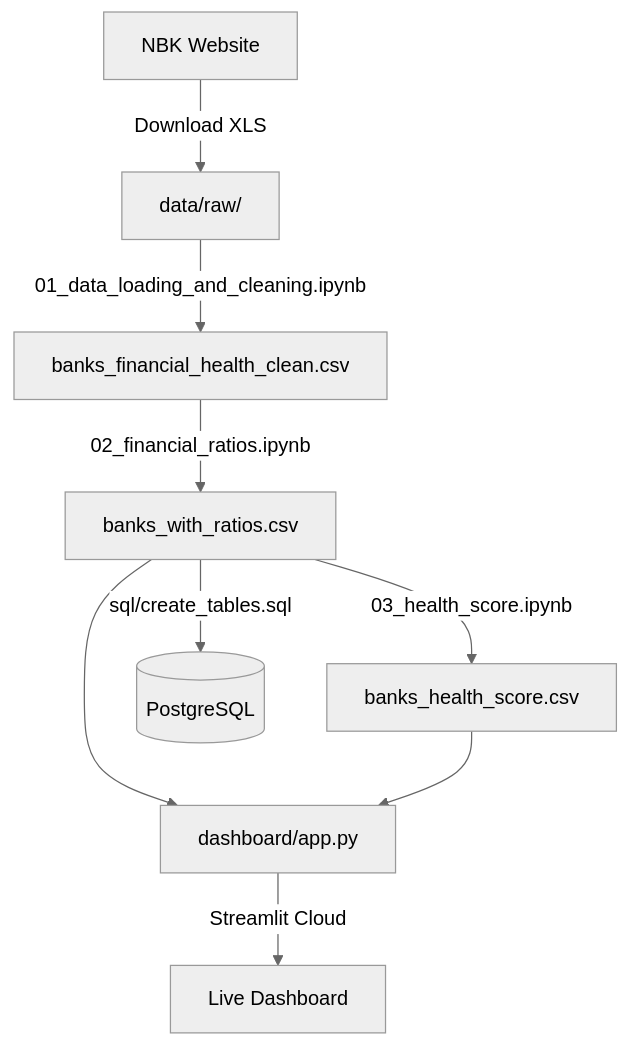
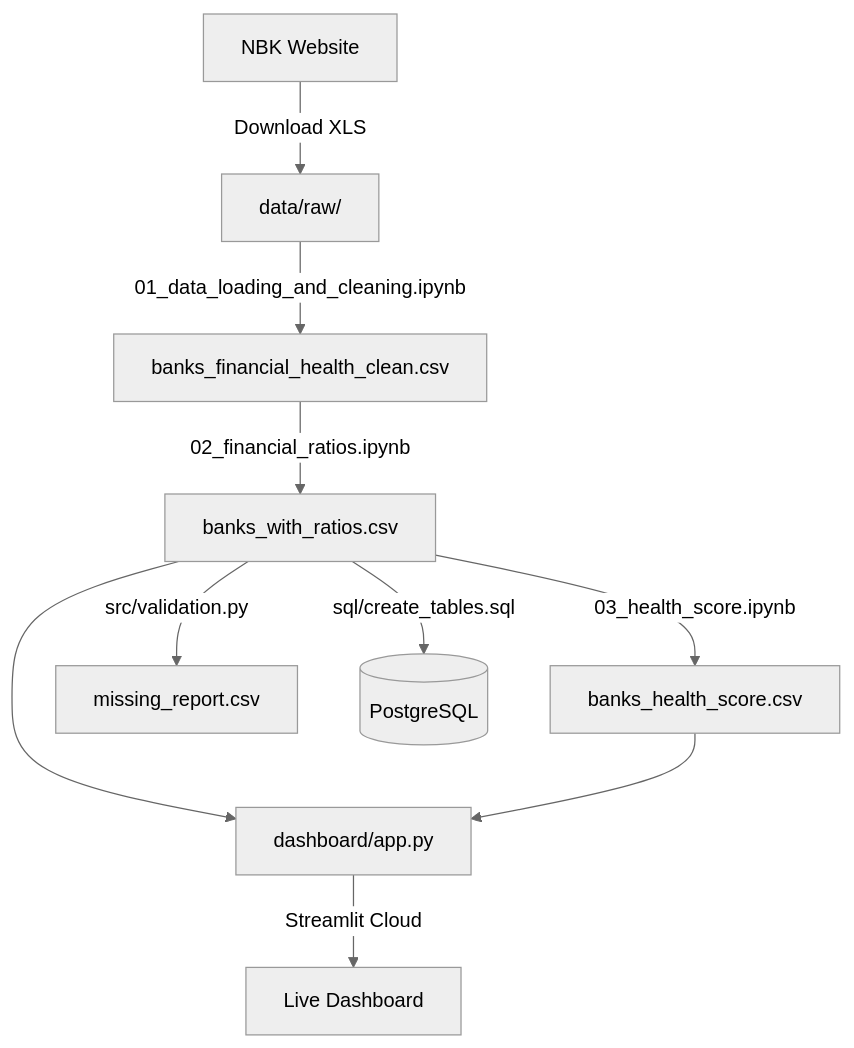
The diagram in README.md (zhflux/kazakhstan-banks-financial-health), drawn with Mermaid (neutral theme) before and after one commit. The commit also changed other lines of this file, not shown here.

````diff
--- a/README.md
+++ b/README.md
@@ -76,11 +67,12 @@
 ```mermaid
 flowchart TD
     A[NBK Website] -->|Download XLS| B[data/raw/]
     B -->|01_data_loading_and_cleaning.ipynb| C[banks_financial_health_clean.csv]
     C -->|02_financial_ratios.ipynb| D[banks_with_ratios.csv]
     D -->|03_health_score.ipynb| E[banks_health_score.csv]
-    D -->|sql/create_tables.sql| F[(PostgreSQL)]
-    D --> G[dashboard/app.py]
-    E --> G
-    G -->|Streamlit Cloud| H[Live Dashboard]
+    D -->|src/validation.py| F[missing_report.csv]
+    D -->|sql/create_tables.sql| G[(PostgreSQL)]
+    D --> H[dashboard/app.py]
+    E --> H
+    H -->|Streamlit Cloud| I[Live Dashboard]
 ```
````
